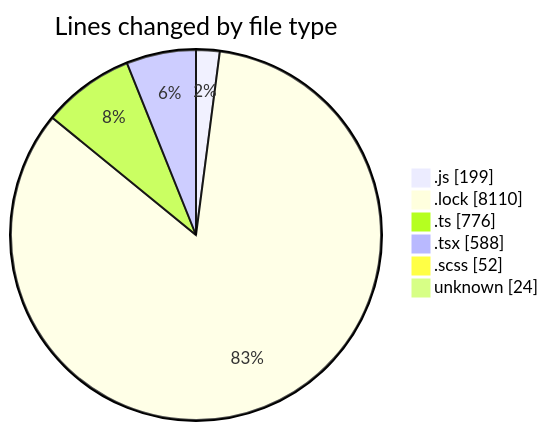
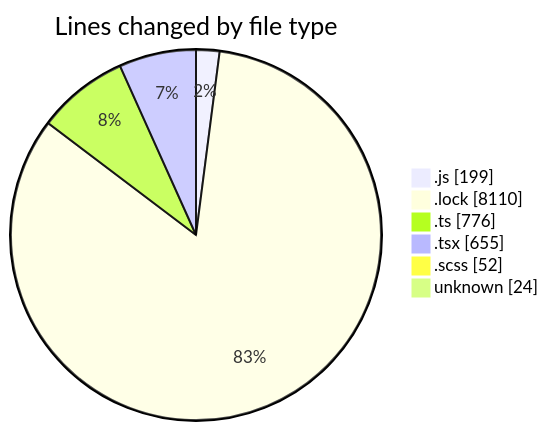
The first of 2 diagrams in 2025-02-07/cda/README.md (momahboobian/code-tracking), drawn with Mermaid before and after one commit. The commit also changed other lines of this file and 1 other file, not shown here.

````diff
--- a/2025-02-07/cda/README.md
+++ b/2025-02-07/cda/README.md
@@ -53,10 +53,10 @@
 ```mermaid
 pie showData
 title Lines changed by file type
 ".js" : 199
 ".lock" : 8110
 ".ts" : 776
-".tsx" : 588
+".tsx" : 655
 ".scss" : 52
 "unknown" : 24
 ```
````
